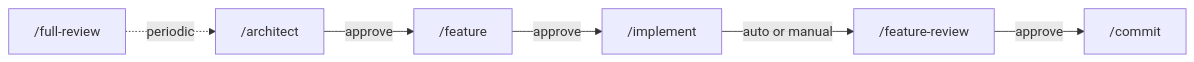
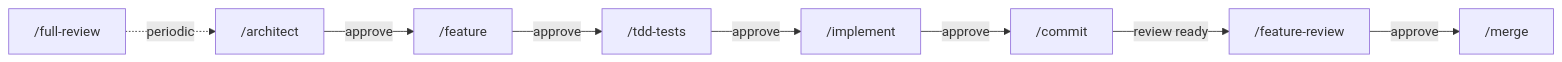
One commit to sjev/robodev changed the diagram in docs/architecture.md. Above: the diagram before and after it, drawn with Mermaid. The commit also changed other lines of this file and 13 other files, not shown here.

````diff
--- a/docs/architecture.md
+++ b/docs/architecture.md
@@ -64,8 +68,10 @@
 ```mermaid
 flowchart LR
     A["/architect"] -->|approve| B["/feature"]
-    B -->|approve| C["/implement"]
-    C -->|auto or manual| D["/feature-review"]
+    B -->|approve| C["/tdd-tests"]
+    C -->|approve| D["/implement"]
     D -->|approve| E["/commit"]
-    F["/full-review"] -.->|periodic| A
+    E -->|review ready| F["/feature-review"]
+    F -->|approve| G["/merge"]
+    H["/full-review"] -.->|periodic| A
 ```
````
